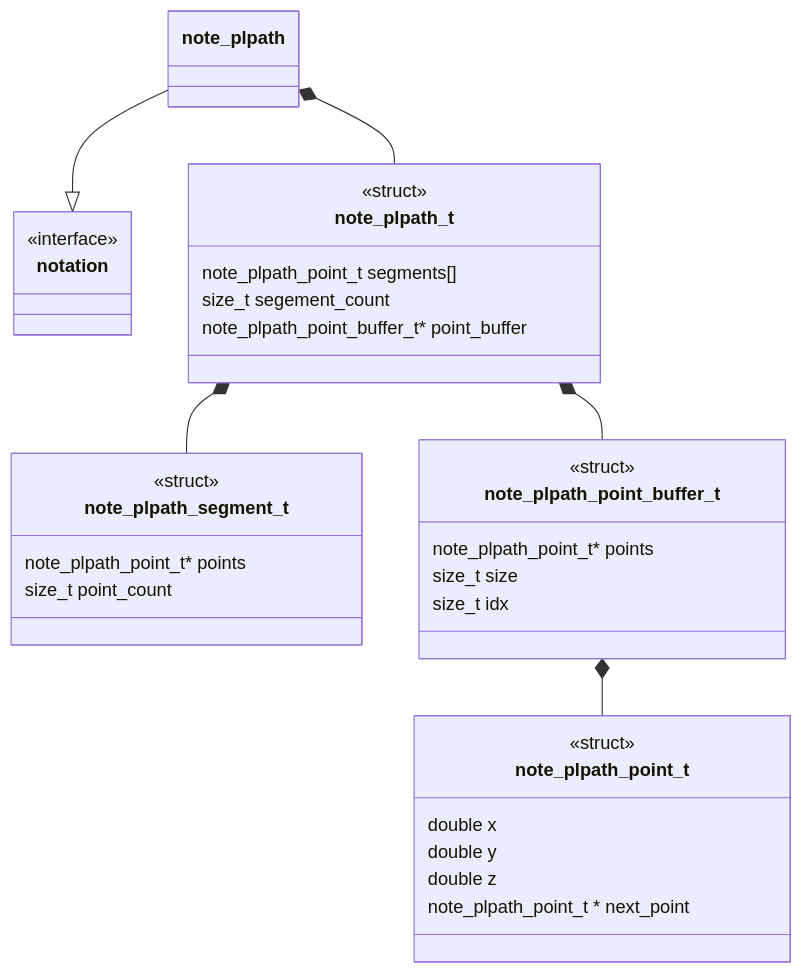
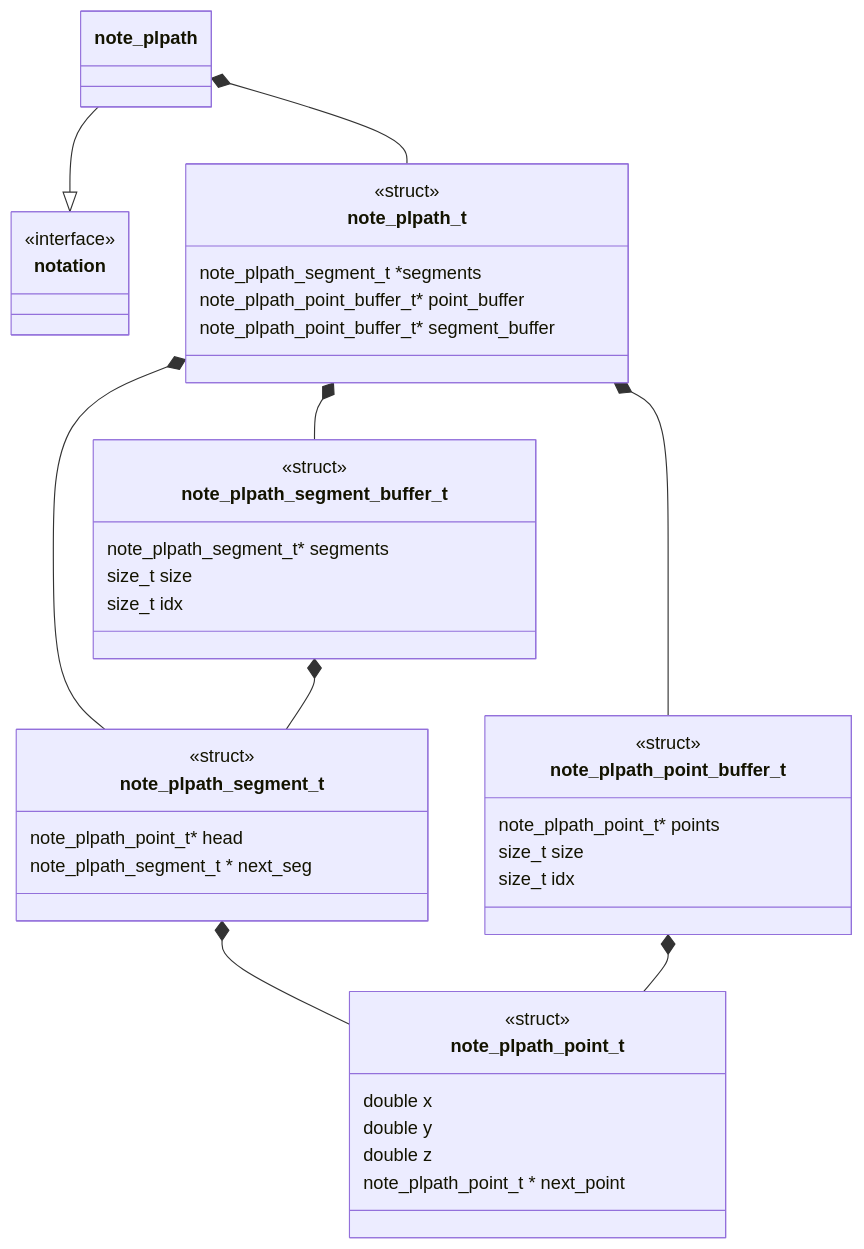
The first of 3 diagrams in source/note-plpath/docs/unit-description.md (Uiowa-Applied-Topology/tanglenomicon_core_libraries), drawn with Mermaid before and after one commit. The commit also changed other lines of this file and 176 other files, not shown here.

````diff
--- a/source/note-plpath/docs/unit-description.md
+++ b/source/note-plpath/docs/unit-description.md
@@ -11,42 +11,52 @@
 ```mermaid
 classDiagram
     note_plpath --|> notation
     note_plpath *-- note_plpath_t
+    note_plpath_t *-- note_plpath_point_buffer_t
+    note_plpath_t *-- note_plpath_segment_buffer_t
     note_plpath_t *-- note_plpath_segment_t
-    note_plpath_t *-- note_plpath_point_buffer_t
+    note_plpath_segment_t *-- note_plpath_point_t
     note_plpath_point_buffer_t *-- note_plpath_point_t
+    note_plpath_segment_buffer_t *-- note_plpath_segment_t
+
     class note_plpath_t {
         <<struct>>
-        note_plpath_point_t segments[]
-        size_t segement_count
+        note_plpath_segment_t *segments
         note_plpath_point_buffer_t* point_buffer
-    }
-
-
-    class note_plpath_segment_t {
-        <<struct>>
-        note_plpath_point_t* points
-        size_t point_count
+        note_plpath_point_buffer_t* segment_buffer
     }
 
     class note_plpath_point_buffer_t {
         <<struct>>
         note_plpath_point_t* points
         size_t size
         size_t idx
+    }
+
+    class note_plpath_segment_buffer_t {
+        <<struct>>
+        note_plpath_segment_t* segments
+        size_t size
+        size_t idx
+    }
+
+    class note_plpath_segment_t {
+        <<struct>>
+        note_plpath_point_t* head
+        note_plpath_segment_t * next_seg
     }
 
     class note_plpath_point_t {
         <<struct>>
         double x
         double y
         double z
         note_plpath_point_t * next_point
     }
 
     class notation {
         <<interface>>
     }
 
 
 ```
````
